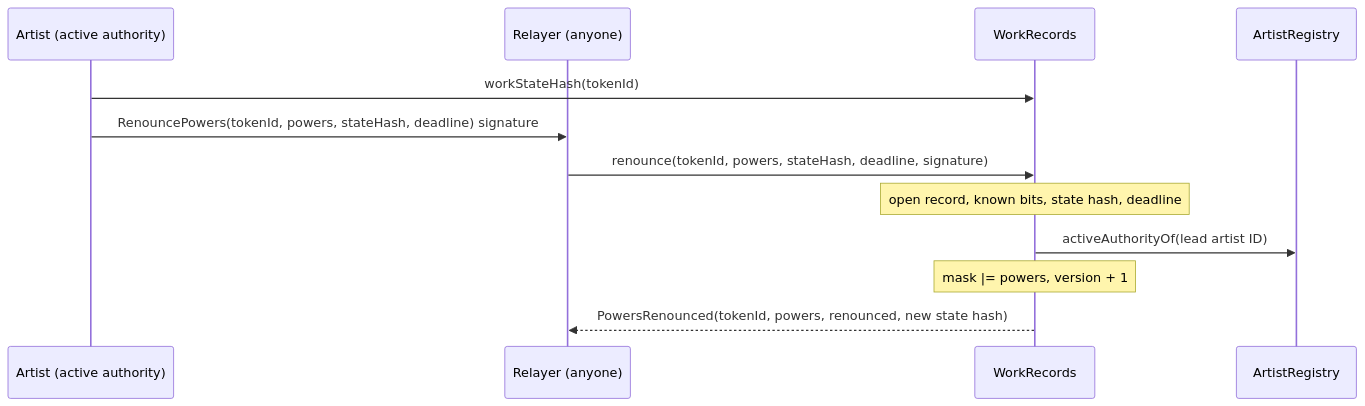
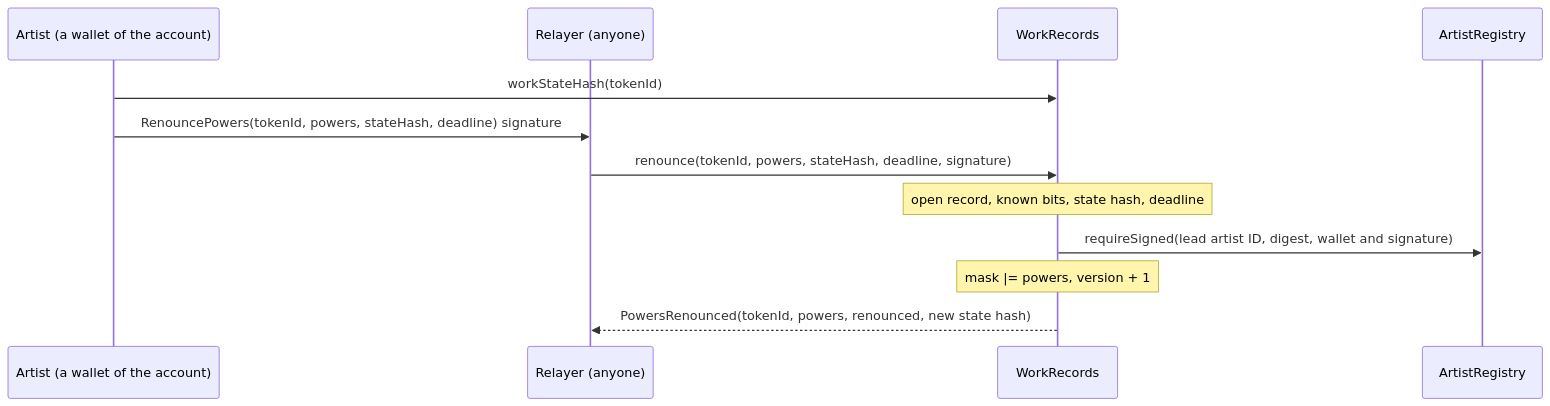
Before and after one commit to 6529-Collections/6529-works: the ninth of 10 diagrams in docs/spec/works-and-storage.md, drawn with Mermaid. The commit also changed other lines of this file and 352 other files, not shown here.

````diff
--- a/docs/spec/works-and-storage.md
+++ b/docs/spec/works-and-storage.md
@@ -434,14 +440,14 @@
 ```mermaid
 sequenceDiagram
-    participant Ar as Artist (active authority)
+    participant Ar as Artist (a wallet of the account)
     participant R as Relayer (anyone)
     participant WR as WorkRecords
     participant AR as ArtistRegistry
     Ar->>WR: workStateHash(tokenId)
     Ar->>R: RenouncePowers(tokenId, powers, stateHash, deadline) signature
     R->>WR: renounce(tokenId, powers, stateHash, deadline, signature)
     Note over WR: open record, known bits, state hash, deadline
-    WR->>AR: activeAuthorityOf(lead artist ID)
+    WR->>AR: requireSigned(lead artist ID, digest, wallet and signature)
     Note over WR: mask |= powers, version + 1
     WR-->>R: PowersRenounced(tokenId, powers, renounced, new state hash)
 ```
````
